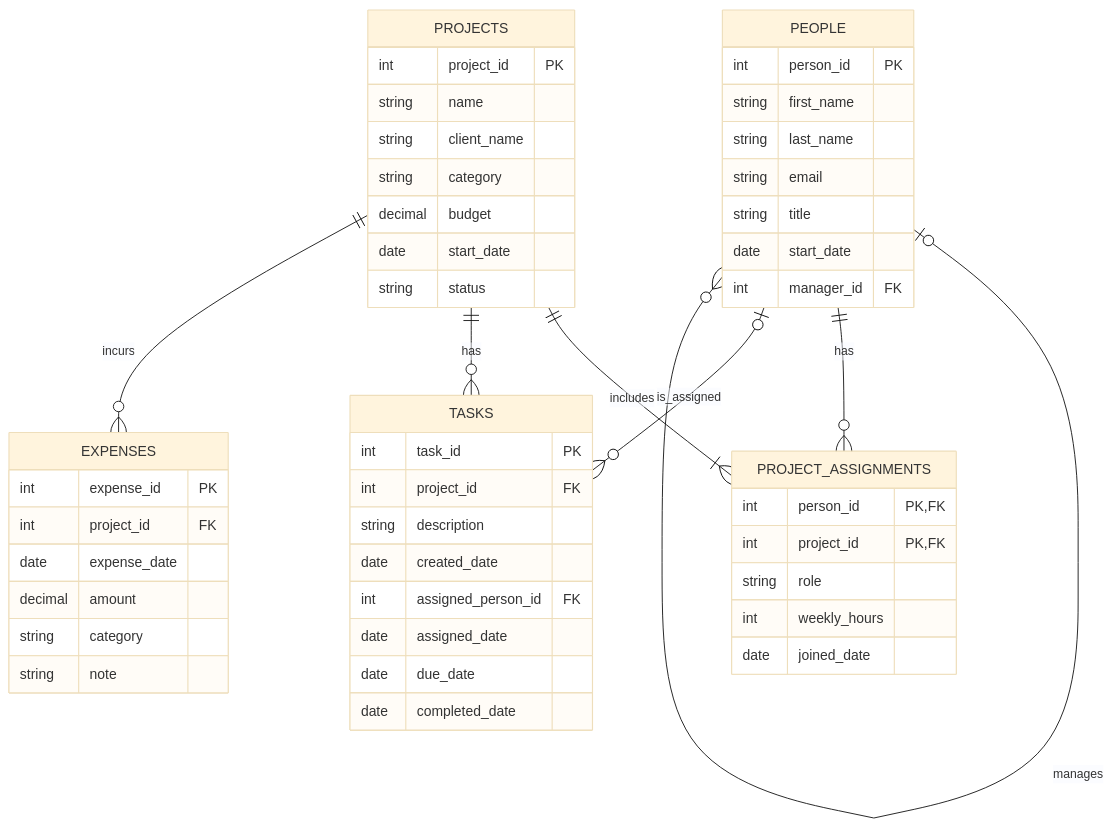
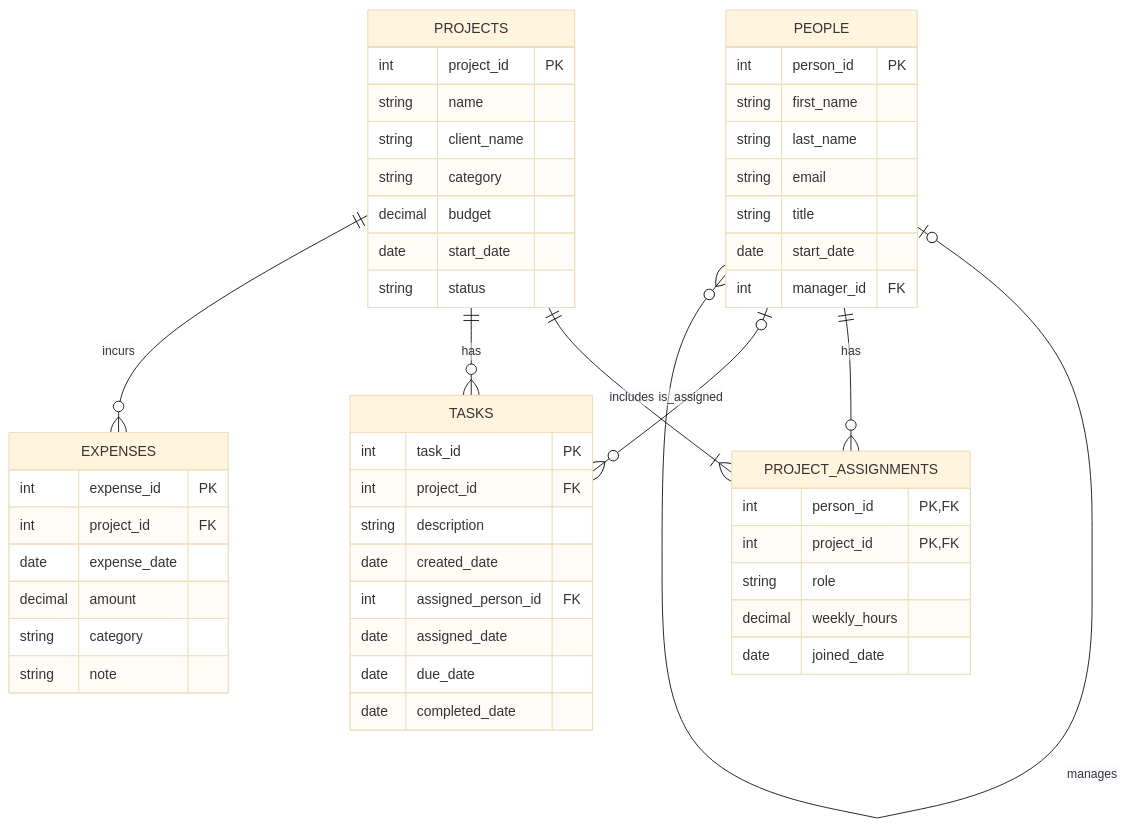
The diagram in projects/db/README.md (KevinSun2/oim7510), drawn with Mermaid (base theme) before and after one commit. The commit also changed other lines of this file, not shown here.

````diff
--- a/projects/db/README.md
+++ b/projects/db/README.md
@@ -12,57 +12,57 @@
 ```mermaid
 erDiagram
     PEOPLE |o--o{ PEOPLE : manages
     PEOPLE ||--o{ PROJECT_ASSIGNMENTS : has
     PROJECTS ||--|{ PROJECT_ASSIGNMENTS : includes
     PROJECTS ||--o{ TASKS : has
     PEOPLE |o--o{ TASKS : is_assigned
     PROJECTS ||--o{ EXPENSES : incurs
 
     PEOPLE {
         int person_id PK
         string first_name
         string last_name
         string email
         string title
         date start_date
         int manager_id FK
     }
 
     PROJECTS {
         int project_id PK
         string name
         string client_name
         string category
         decimal budget
         date start_date
         string status
     }
 
     PROJECT_ASSIGNMENTS {
         int person_id PK, FK
         int project_id PK, FK
         string role
-        int weekly_hours
+        decimal weekly_hours
         date joined_date
     }
 
     TASKS {
         int task_id PK
         int project_id FK
         string description
         date created_date
         int assigned_person_id FK
         date assigned_date
         date due_date
         date completed_date
     }
 
     EXPENSES {
         int expense_id PK
         int project_id FK
         date expense_date
         decimal amount
         string category
         string note
     }
 ```
````
